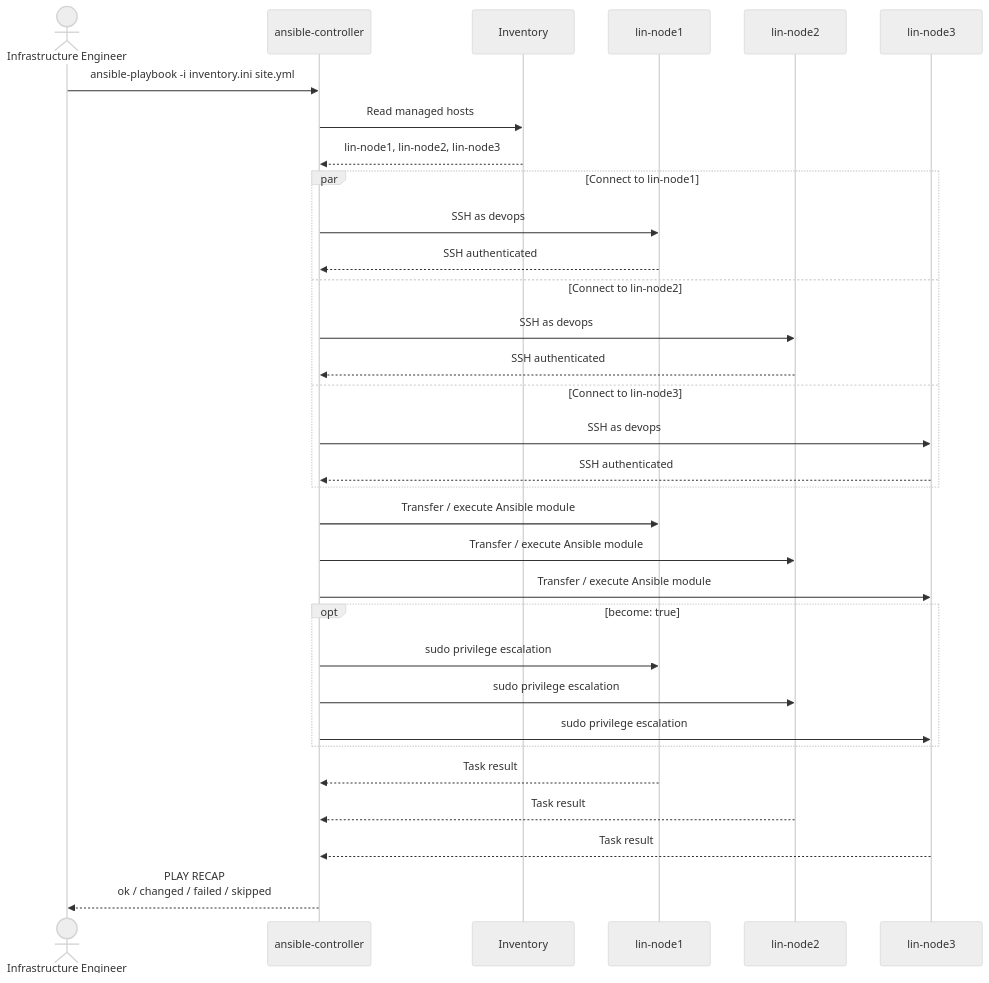
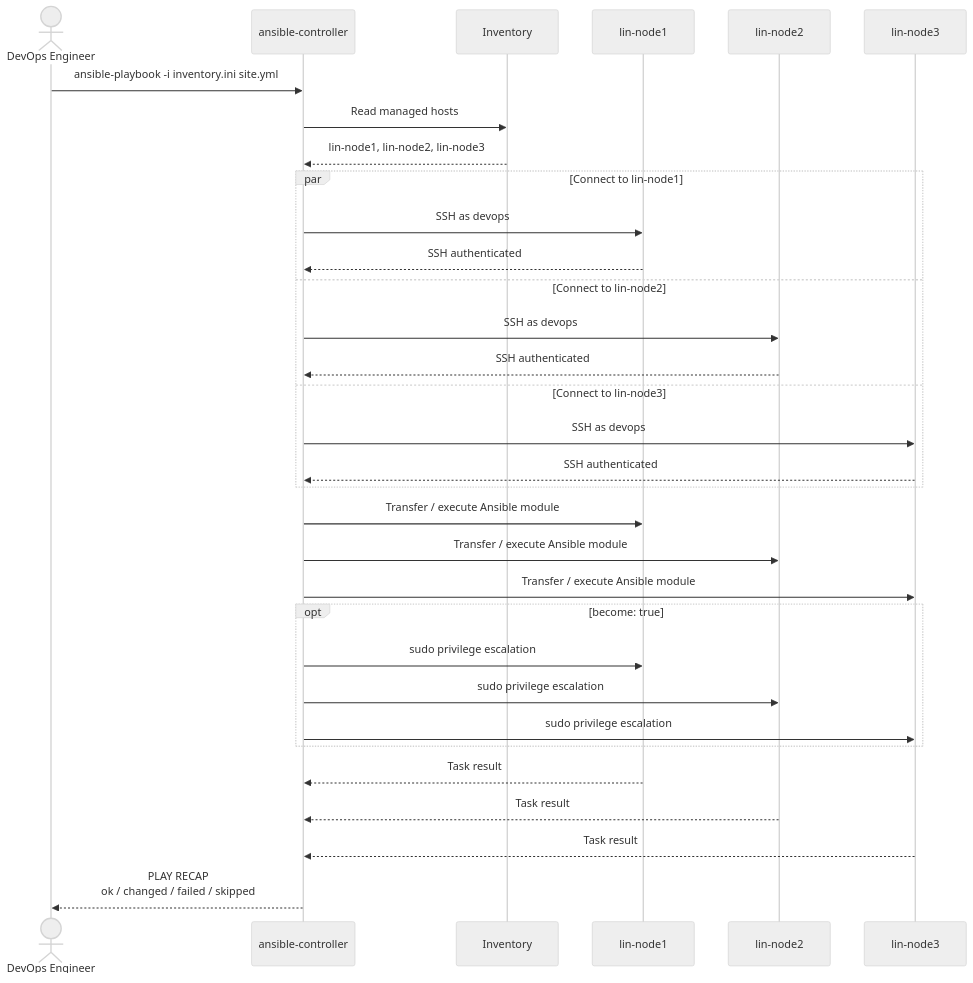
One commit to ongeziwe17/ansible-lab101 changed the diagram in architecture-and-flow/sequence.mermaid. Above: the diagram before and after it, drawn with Mermaid (neutral theme).

Commit message:
updated devops user

```diff
--- a/architecture-and-flow/sequence.mermaid
+++ b/architecture-and-flow/sequence.mermaid
@@ -1,39 +1,39 @@
 sequenceDiagram
-    actor Infrastructure as Infrastructure Engineer
+    actor DevOps as DevOps Engineer
     participant Controller as ansible-controller
     participant Inventory as Inventory
     participant Node1 as lin-node1
     participant Node2 as lin-node2
     participant Node3 as lin-node3
 
-    Infrastructure->>Controller: ansible-playbook -i inventory.ini site.yml
+    DevOps->>Controller: ansible-playbook -i inventory.ini site.yml
 
     Controller->>Inventory: Read managed hosts
     Inventory-->>Controller: lin-node1, lin-node2, lin-node3
 
     par Connect to lin-node1
         Controller->>Node1: SSH as devops
         Node1-->>Controller: SSH authenticated
     and Connect to lin-node2
         Controller->>Node2: SSH as devops
         Node2-->>Controller: SSH authenticated
     and Connect to lin-node3
         Controller->>Node3: SSH as devops
         Node3-->>Controller: SSH authenticated
     end
 
     Controller->>Node1: Transfer / execute Ansible module
     Controller->>Node2: Transfer / execute Ansible module
     Controller->>Node3: Transfer / execute Ansible module
 
     opt become: true
         Controller->>Node1: sudo privilege escalation
         Controller->>Node2: sudo privilege escalation
         Controller->>Node3: sudo privilege escalation
     end
 
     Node1-->>Controller: Task result
     Node2-->>Controller: Task result
     Node3-->>Controller: Task result
 
-    Controller-->>Infrastructure: PLAY RECAP<br/>ok / changed / failed / skipped
+    Controller-->>DevOps: PLAY RECAP<br/>ok / changed / failed / skipped
```
